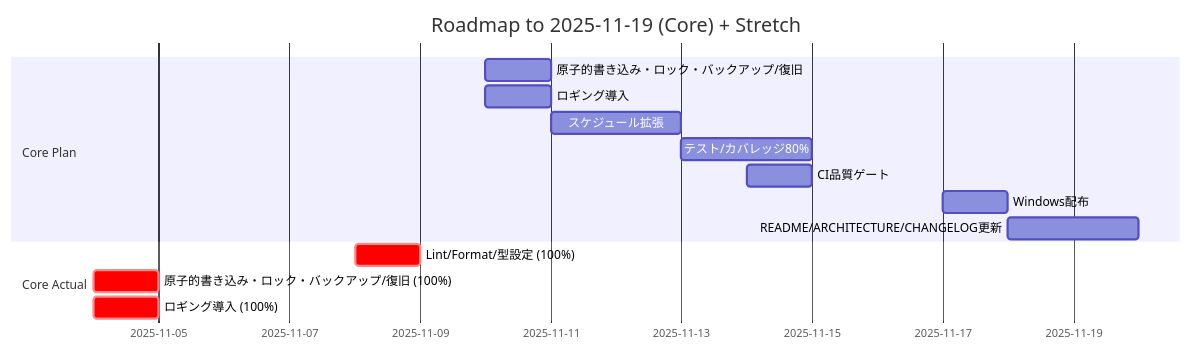
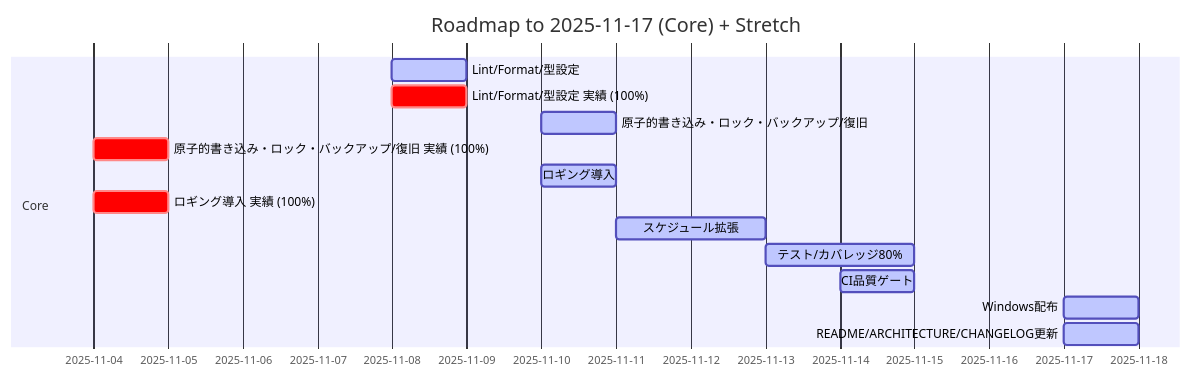
Before and after one commit to takenet193/task-reminder-tool: the diagram in docs/ROADMAP.md, drawn with Mermaid. The commit also changed other lines of this file and 3 other files, not shown here.

Commit message:
refactor(roadmap): ガントチャート表示形式を改善し、計画と実績を連続表示

````diff
--- a/docs/ROADMAP.md
+++ b/docs/ROADMAP.md
@@ -22,28 +22,25 @@
 ```mermaid
 gantt
   dateFormat  YYYY-MM-DD
-  title Roadmap to 2025-11-19 (Core) + Stretch
-  %% ===== Core Plan =====
-  section Core Plan
-  原子的書き込み・ロック・バックアップ/復旧  :2025-11-10, 1.0d
-  ロギング導入  :2025-11-10, 1.0d
-  スケジュール拡張  :2025-11-11, 2.0d
-  テスト/カバレッジ80%  :2025-11-13, 2.0d
-  CI品質ゲート  :2025-11-14, 1.0d
-  Windows配布  :2025-11-17, 1.0d
-  README/ARCHITECTURE/CHANGELOG更新  :2025-11-18, 2.0d
-  %% ===== Core Actual =====
-  section Core Actual
-  Lint/Format/型設定 (100%)  :crit, 2025-11-08, 1.0d
-  原子的書き込み・ロック・バックアップ/復旧 (100%)  :crit, 2025-11-04, 1.0d
-  ロギング導入 (100%)  :crit, 2025-11-04, 1.0d
-  %% ===== Stretch Plan =====
-  section Stretch Plan
+  title Roadmap to 2025-11-17 (Core) + Stretch
+  section Core
+  Lint/Format/型設定  :active, 2025-11-08, 1.0d
+  Lint/Format/型設定 実績 (100%)  :crit, 2025-11-08, 1.0d
+  原子的書き込み・ロック・バックアップ/復旧  :active, 2025-11-10, 1.0d
+  原子的書き込み・ロック・バックアップ/復旧 実績 (100%)  :crit, 2025-11-04, 1.0d
+  ロギング導入  :active, 2025-11-10, 1.0d
+  ロギング導入 実績 (100%)  :crit, 2025-11-04, 1.0d
+  スケジュール拡張  :active, 2025-11-11, 2.0d
+  テスト/カバレッジ80%  :active, 2025-11-13, 2.0d
+  CI品質ゲート  :active, 2025-11-14, 1.0d
+  Windows配布  :active, 2025-11-17, 1.0d
+  README/ARCHITECTURE/CHANGELOG更新  :active, 2025-11-17, 1.0d
+  section Stretch
   %% スケジュールUI (日付未定)
   %% 通知ディスパッチ (日付未定)
   %% Win/Mac表示差異吸収 (日付未定)
   %% macOS配布 (日付未定)
   %% MCP自動化 (日付未定)
   %% デモGIF作成 (日付未定)
   %% アーキ図/通知シーケンス図 (日付未定)
 ```
````
